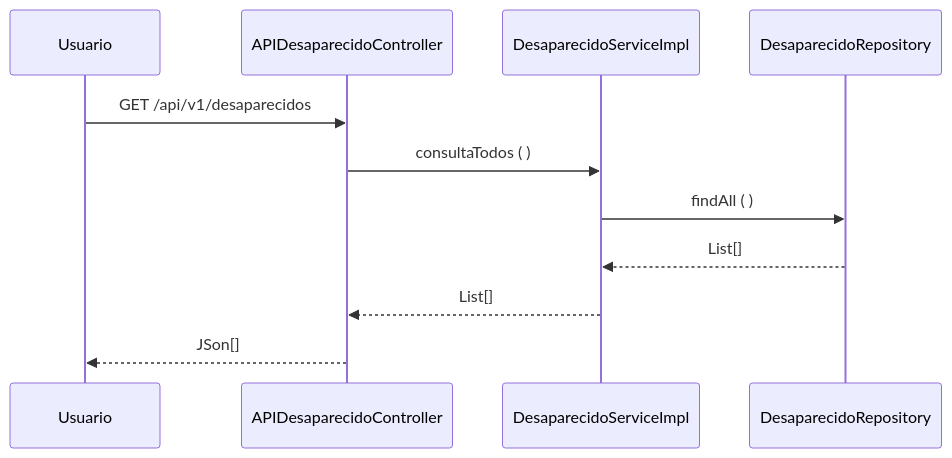
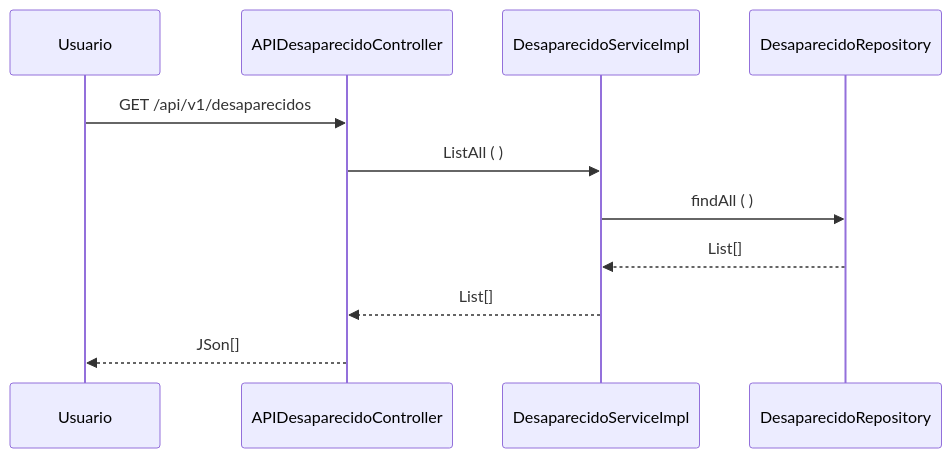
One commit to PACFWL/RADAR-API changed the second of 2 diagrams in README.md. Above: the diagram before and after it, drawn with Mermaid. The commit also changed other lines of this file, not shown here.

````diff
--- a/README.md
+++ b/README.md
@@ -123,9 +123,9 @@
 ```mermaid 
 sequenceDiagram 
 Usuario ->> APIDesaparecidoController: GET /api/v1/desaparecidos 
-APIDesaparecidoController ->> DesaparecidoServiceImpl: consultaTodos ( ) 
+APIDesaparecidoController ->> DesaparecidoServiceImpl: ListAll ( ) 
 DesaparecidoServiceImpl ->> DesaparecidoRepository: findAll ( ) 
 DesaparecidoRepository -->> DesaparecidoServiceImpl: List[] 
 DesaparecidoServiceImpl-->> APIDesaparecidoController: List[] 
 APIDesaparecidoController -->> Usuario: JSon[] 
 ``` 
````
